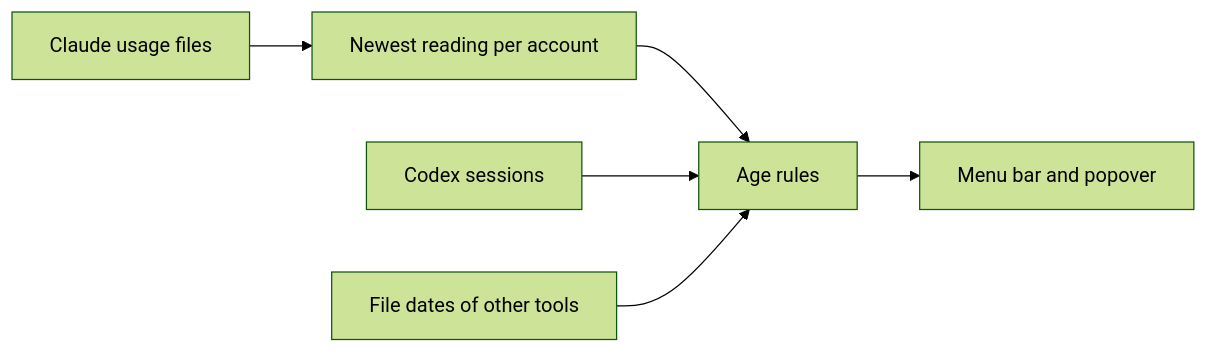
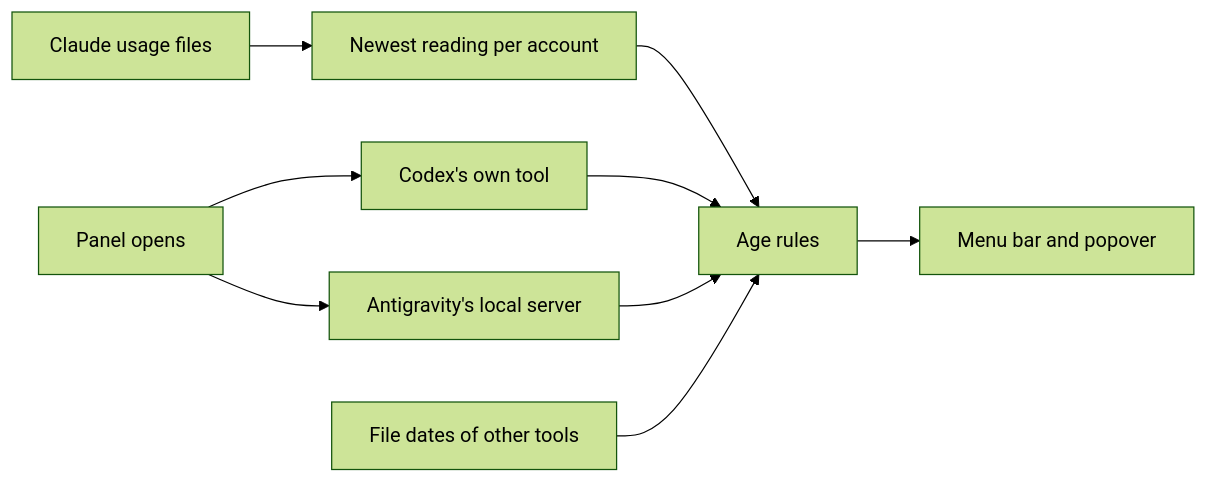
One commit to davidwidagdo/ai-meter-bar changed the first of 2 diagrams in README.md. Above: the diagram before and after it, drawn with Mermaid (forest theme). The commit also changed other lines of this file and 14 other files, not shown here.

First line of the commit message:
fix(ai-meter-bar): read live Codex and Antigravity quota when the panel opens

````diff
--- a/README.md
+++ b/README.md
@@ -28,7 +28,8 @@
 ```mermaid
 flowchart LR
   A[Claude usage files] --> M[Newest reading per account] --> E[Age rules]
-  B[Codex sessions] --> E
+  P[Panel opens] --> B[Codex's own tool] --> E
+  P --> G[Antigravity's local server] --> E
   C[File dates of other tools] --> E
   E --> F[Menu bar and popover]
 ```
````
